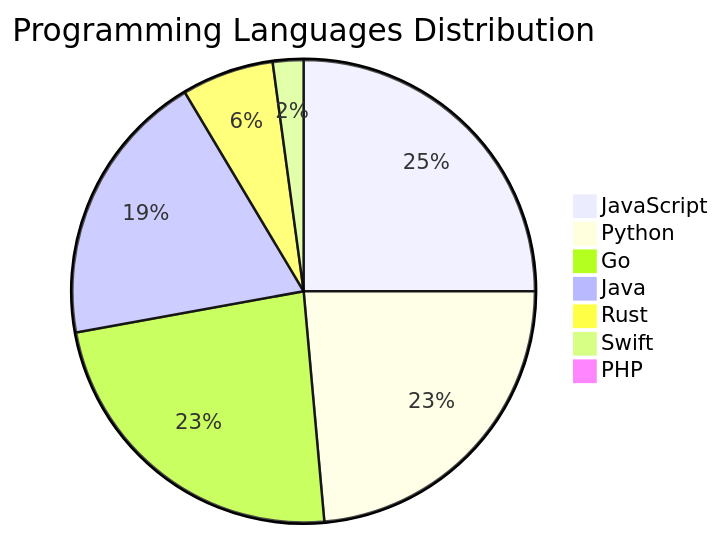
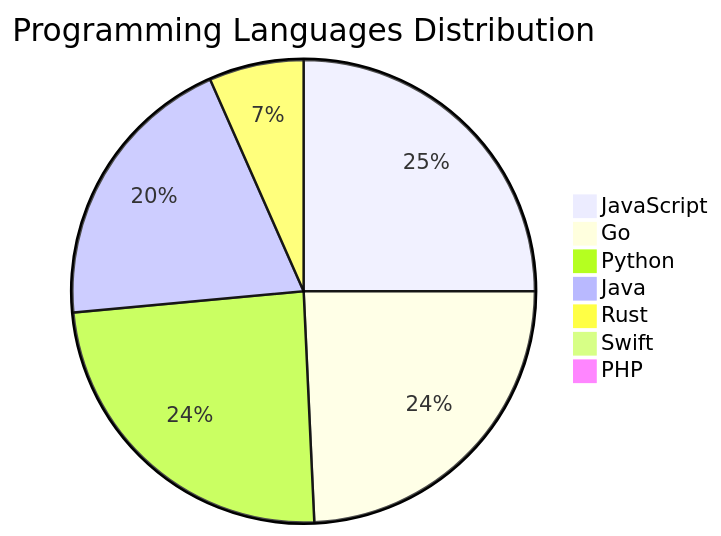
One commit to Derrick-MUGISHA/github-activity-bot changed the diagram in README.md. Above: the diagram before and after it, drawn with Mermaid. The commit also changed other lines of this file and 4 other files, not shown here.

````diff
--- a/README.md
+++ b/README.md
@@ -207,10 +207,10 @@
 ```mermaid
 pie title Programming Languages Distribution
-    "JavaScript" : 35
+    "JavaScript" : 34
+    "Go" : 33
     "Python" : 33
-    "Go" : 33
     "Java" : 27
     "Rust" : 9
-    "Swift" : 3
+    "Swift" : 1
     "PHP" : 1
 ```
````
